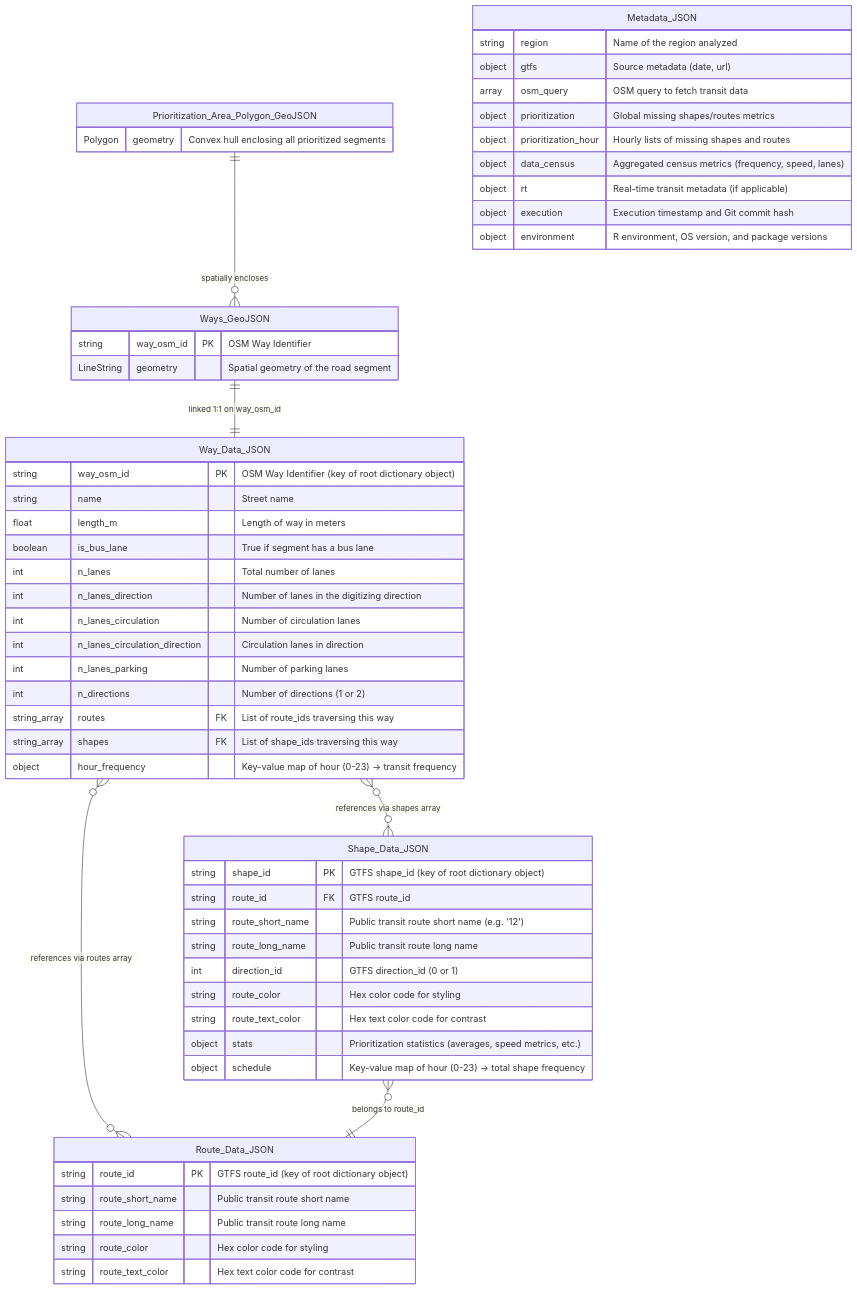
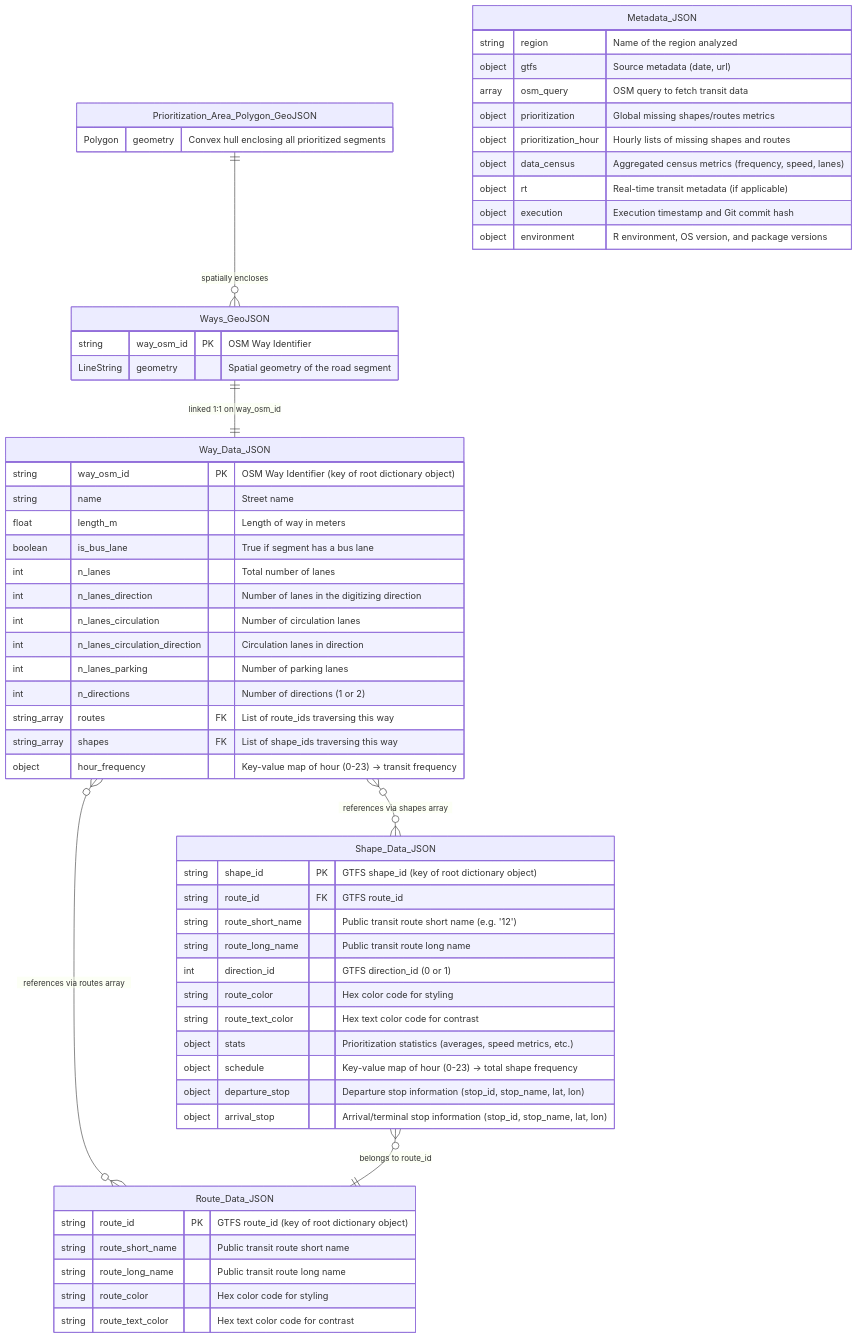
One commit to U-Shift/GTFShift-DI changed the diagram in scripts/02_prioritise/relational_model.md. Above: the diagram before and after it, drawn with Mermaid. The commit also changed 2 other files, not shown here.

Commit message:
#1 extended prioritisation shapes output with departure/arrival stops coordinates (for dashboard display)

````diff
--- a/scripts/02_prioritise/relational_model.md
+++ b/scripts/02_prioritise/relational_model.md
@@ -24,69 +24,71 @@
 ```mermaid
 erDiagram
     %% Entities and Attributes
 
     Prioritization_Area_Polygon_GeoJSON {
         Polygon geometry "Convex hull enclosing all prioritized segments"
     }
 
     Ways_GeoJSON {
         string way_osm_id PK "OSM Way Identifier"
         LineString geometry "Spatial geometry of the road segment"
     }
 
     Way_Data_JSON {
         string way_osm_id PK "OSM Way Identifier (key of root dictionary object)"
         string name "Street name"
         float length_m "Length of way in meters"
         boolean is_bus_lane "True if segment has a bus lane"
         int n_lanes "Total number of lanes"
         int n_lanes_direction "Number of lanes in the digitizing direction"
         int n_lanes_circulation "Number of circulation lanes"
         int n_lanes_circulation_direction "Circulation lanes in direction"
         int n_lanes_parking "Number of parking lanes"
         int n_directions "Number of directions (1 or 2)"
         string_array routes FK "List of route_ids traversing this way"
         string_array shapes FK "List of shape_ids traversing this way"
         object hour_frequency "Key-value map of hour (0-23) -> transit frequency"
     }
 
     Shape_Data_JSON {
         string shape_id PK "GTFS shape_id (key of root dictionary object)"
         string route_id FK "GTFS route_id"
         string route_short_name "Public transit route short name (e.g. '12')"
         string route_long_name "Public transit route long name"
         int direction_id "GTFS direction_id (0 or 1)"
         string route_color "Hex color code for styling"
         string route_text_color "Hex text color code for contrast"
         object stats "Prioritization statistics (averages, speed metrics, etc.)"
         object schedule "Key-value map of hour (0-23) -> total shape frequency"
+        object departure_stop "Departure stop information (stop_id, stop_name, lat, lon)"
+        object arrival_stop "Arrival/terminal stop information (stop_id, stop_name, lat, lon)"
     }
 
     Route_Data_JSON {
         string route_id PK "GTFS route_id (key of root dictionary object)"
         string route_short_name "Public transit route short name"
         string route_long_name "Public transit route long name"
         string route_color "Hex color code for styling"
         string route_text_color "Hex text color code for contrast"
     }
 
     Metadata_JSON {
         string region "Name of the region analyzed"
         object gtfs "Source metadata (date, url)"
         array osm_query "OSM query to fetch transit data"
         object prioritization "Global missing shapes/routes metrics"
         object prioritization_hour "Hourly lists of missing shapes and routes"
         object data_census "Aggregated census metrics (frequency, speed, lanes)"
         object rt "Real-time transit metadata (if applicable)"
         object execution "Execution timestamp and Git commit hash"
         object environment "R environment, OS version, and package versions"
     }
 
     %% Relationships
 
     Prioritization_Area_Polygon_GeoJSON ||--o{ Ways_GeoJSON : "spatially encloses"
     Ways_GeoJSON ||--|| Way_Data_JSON : "linked 1:1 on way_osm_id"
     Way_Data_JSON }o--o{ Route_Data_JSON : "references via routes array"
     Way_Data_JSON }o--o{ Shape_Data_JSON : "references via shapes array"
     Shape_Data_JSON }o--|| Route_Data_JSON : "belongs to route_id"
 ```
````
